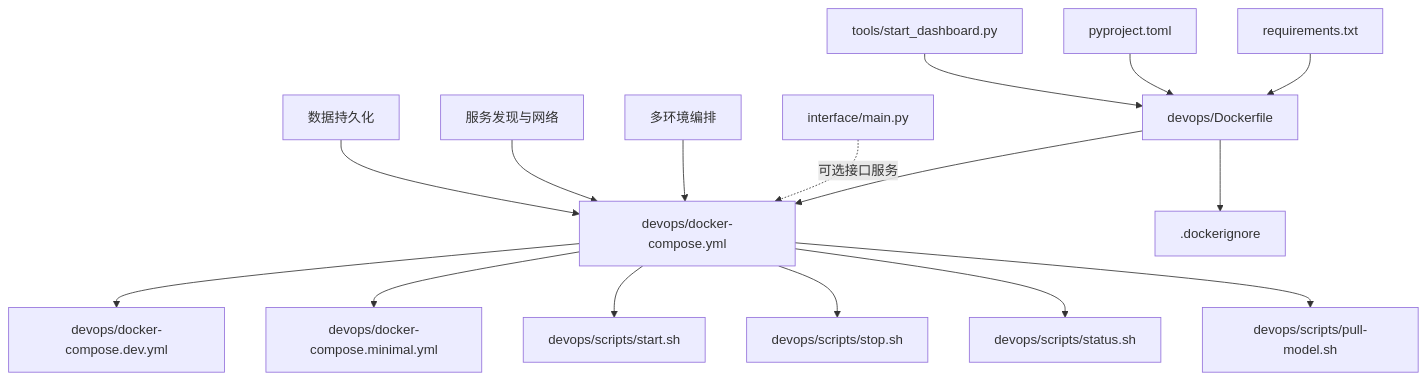
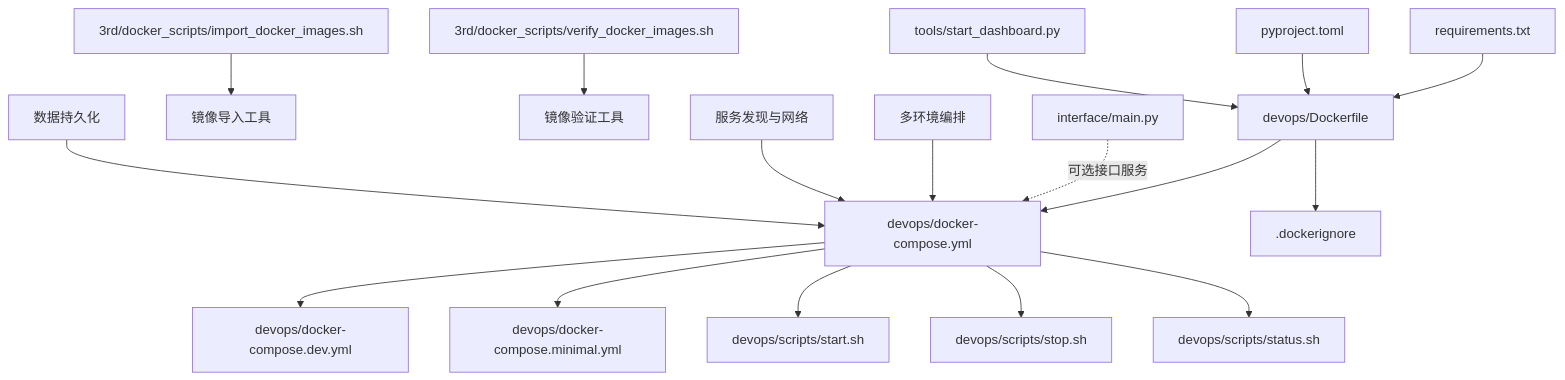
The first of 6 diagrams in .qoder/repowiki/zh/content/部署与运维/容器化部署.md (JieGaoPrinceton/NecoRAG), drawn with Mermaid before and after one commit. The commit also changed other lines of this file and 95 other files, not shown here.

````diff
--- a/.qoder/repowiki/zh/content/部署与运维/容器化部署.md
+++ b/.qoder/repowiki/zh/content/部署与运维/容器化部署.md
@@ -54,18 +57,19 @@
 ```mermaid
 graph TB
 A["devops/Dockerfile"] --> B["devops/docker-compose.yml"]
 A --> C[".dockerignore"]
 B --> D["devops/docker-compose.dev.yml"]
 B --> E["devops/docker-compose.minimal.yml"]
 B --> F["devops/scripts/start.sh"]
 B --> G["devops/scripts/stop.sh"]
 B --> H["devops/scripts/status.sh"]
-B --> I["devops/scripts/pull-model.sh"]
-J["requirements.txt"] --> A
-K["pyproject.toml"] --> A
-L["tools/start_dashboard.py"] --> A
-M["interface/main.py"] -. 可选接口服务 .-> B
-N["多环境编排"] --> B
-O["服务发现与网络"] --> B
-P["数据持久化"] --> B
+I["3rd/docker_scripts/import_docker_images.sh"] --> J["镜像导入工具"]
+K["3rd/docker_scripts/verify_docker_images.sh"] --> L["镜像验证工具"]
+M["requirements.txt"] --> A
+N["pyproject.toml"] --> A
+O["tools/start_dashboard.py"] --> A
+P["interface/main.py"] -. 可选接口服务 .-> B
+Q["多环境编排"] --> B
+R["服务发现与网络"] --> B
+S["数据持久化"] --> B
 ```
````
